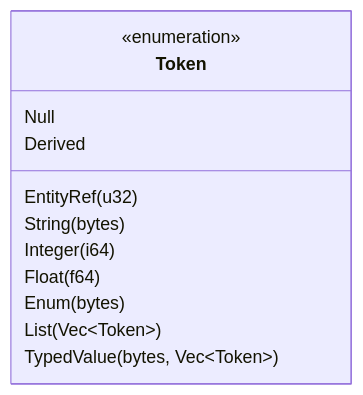
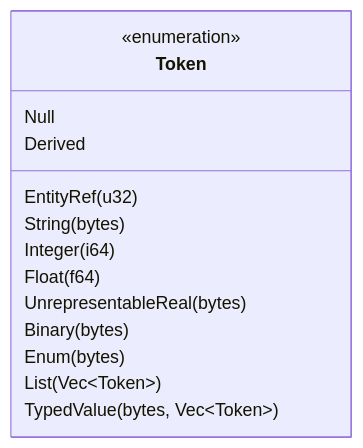
Before and after one commit to LTplus-AG/ifc-lite: the second of 9 diagrams in docs/architecture/parsing-pipeline.md, drawn with Mermaid. The commit also changed other lines of this file and 6 other files, not shown here.

First line of the commit message:
docs(architecture): match the pipeline docs to the current code

````diff
--- a/docs/architecture/parsing-pipeline.md
+++ b/docs/architecture/parsing-pipeline.md
@@ -50,15 +50,17 @@
 ```mermaid
 classDiagram
     class Token {
         <<enumeration>>
         EntityRef(u32)
         String(bytes)
         Integer(i64)
         Float(f64)
+        UnrepresentableReal(bytes)
+        Binary(bytes)
         Enum(bytes)
         List(Vec~Token~)
         TypedValue(bytes, Vec~Token~)
         Null
         Derived
     }
 ```
````
